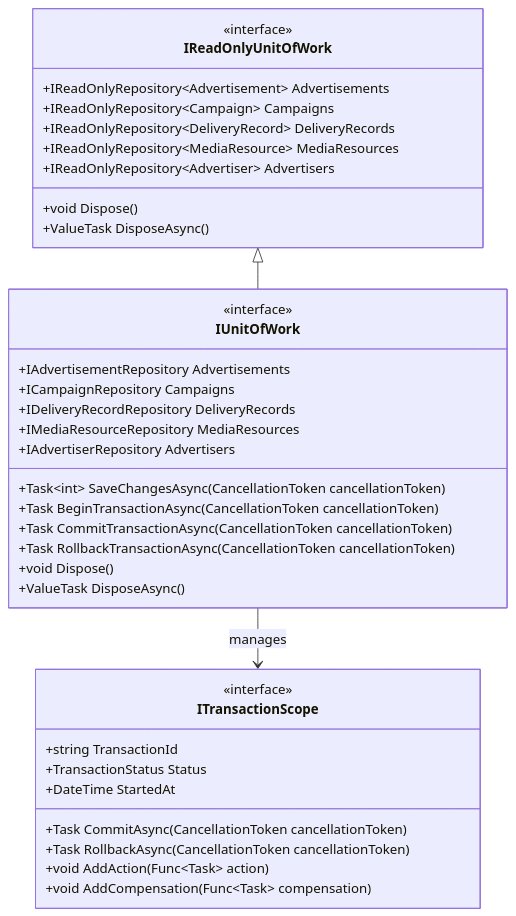
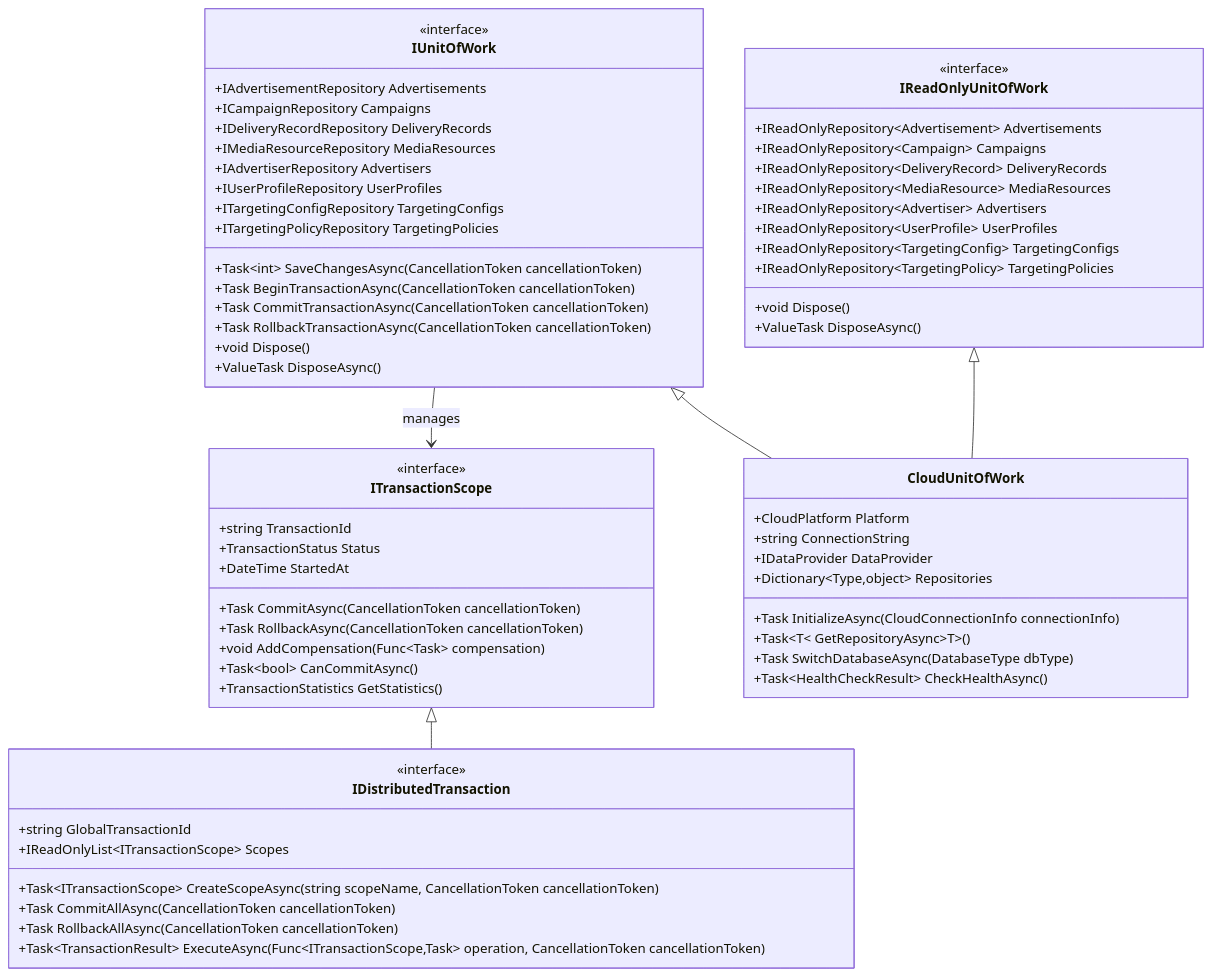
The fourth of 8 diagrams in docs_TecDesign/广告投放引擎/数据访问层技术设计.md (lornshrimp/Lorn.ADSP), drawn with Mermaid before and after one commit. The commit also changed other lines of this file and 60 other files, not shown here.

First line of the commit message:
Add transaction and advertisement statistics models, base specification implementation, and expression visitor for query composition

````diff
--- a/docs_TecDesign/广告投放引擎/数据访问层技术设计.md
+++ b/docs_TecDesign/广告投放引擎/数据访问层技术设计.md
@@ -173,42 +341,72 @@
 ```mermaid
 classDiagram
     class IUnitOfWork {
         <<interface>>
         +IAdvertisementRepository Advertisements
         +ICampaignRepository Campaigns
         +IDeliveryRecordRepository DeliveryRecords
         +IMediaResourceRepository MediaResources
         +IAdvertiserRepository Advertisers
+        +IUserProfileRepository UserProfiles
+        +ITargetingConfigRepository TargetingConfigs
+        +ITargetingPolicyRepository TargetingPolicies
         +Task~int~ SaveChangesAsync(CancellationToken cancellationToken)
         +Task BeginTransactionAsync(CancellationToken cancellationToken)
         +Task CommitTransactionAsync(CancellationToken cancellationToken)
         +Task RollbackTransactionAsync(CancellationToken cancellationToken)
         +void Dispose()
         +ValueTask DisposeAsync()
     }
     
     class IReadOnlyUnitOfWork {
         <<interface>>
         +IReadOnlyRepository~Advertisement~ Advertisements
         +IReadOnlyRepository~Campaign~ Campaigns
         +IReadOnlyRepository~DeliveryRecord~ DeliveryRecords
         +IReadOnlyRepository~MediaResource~ MediaResources
         +IReadOnlyRepository~Advertiser~ Advertisers
+        +IReadOnlyRepository~UserProfile~ UserProfiles
+        +IReadOnlyRepository~TargetingConfig~ TargetingConfigs
+        +IReadOnlyRepository~TargetingPolicy~ TargetingPolicies
         +void Dispose()
         +ValueTask DisposeAsync()
     }
     
     class ITransactionScope {
         <<interface>>
         +string TransactionId
         +TransactionStatus Status
         +DateTime StartedAt
         +Task CommitAsync(CancellationToken cancellationToken)
         +Task RollbackAsync(CancellationToken cancellationToken)
-        +void AddAction(Func~Task~ action)
         +void AddCompensation(Func~Task~ compensation)
+        +Task~bool~ CanCommitAsync()
+        +TransactionStatistics GetStatistics()
     }
     
-    IReadOnlyUnitOfWork <|-- IUnitOfWork
+    class IDistributedTransaction {
+        <<interface>>
+        +string GlobalTransactionId
+        +IReadOnlyList~ITransactionScope~ Scopes
+        +Task~ITransactionScope~ CreateScopeAsync(string scopeName, CancellationToken cancellationToken)
+        +Task CommitAllAsync(CancellationToken cancellationToken)
+        +Task RollbackAllAsync(CancellationToken cancellationToken)
+        +Task~TransactionResult~ ExecuteAsync(Func~ITransactionScope,Task~ operation, CancellationToken cancellationToken)
+    }
+    
+    class CloudUnitOfWork {
+        +CloudPlatform Platform
+        +string ConnectionString
+        +IDataProvider DataProvider
+        +Dictionary~Type,object~ Repositories
+        +Task InitializeAsync(CloudConnectionInfo connectionInfo)
+        +Task~T~ GetRepositoryAsync~T~()
+        +Task SwitchDatabaseAsync(DatabaseType dbType)
+        +Task~HealthCheckResult~ CheckHealthAsync()
+    }
+    
     IUnitOfWork --> ITransactionScope : manages
+    IUnitOfWork <|-- CloudUnitOfWork
+    IReadOnlyUnitOfWork <|-- CloudUnitOfWork
+    ITransactionScope <|-- IDistributedTransaction
 ```
````
